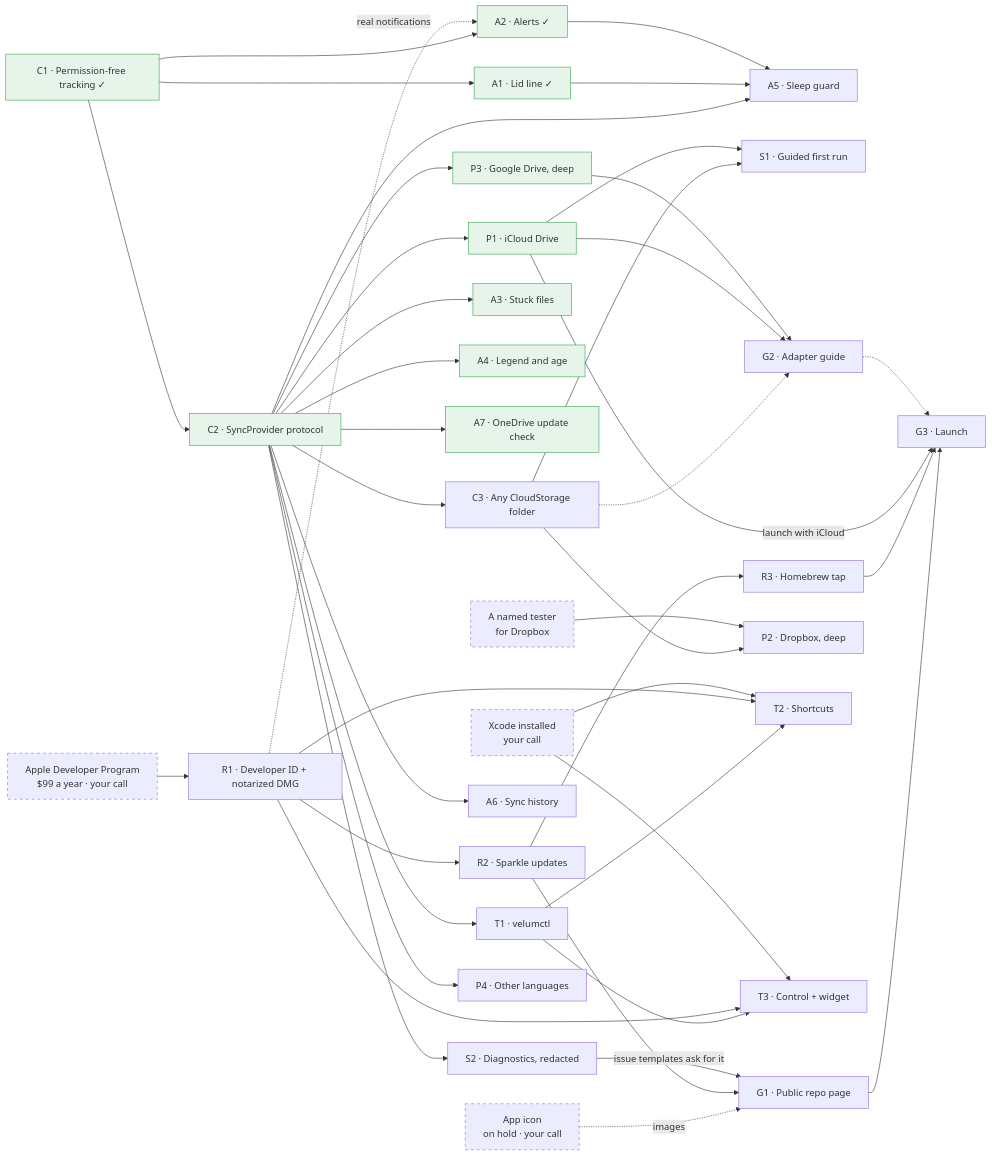
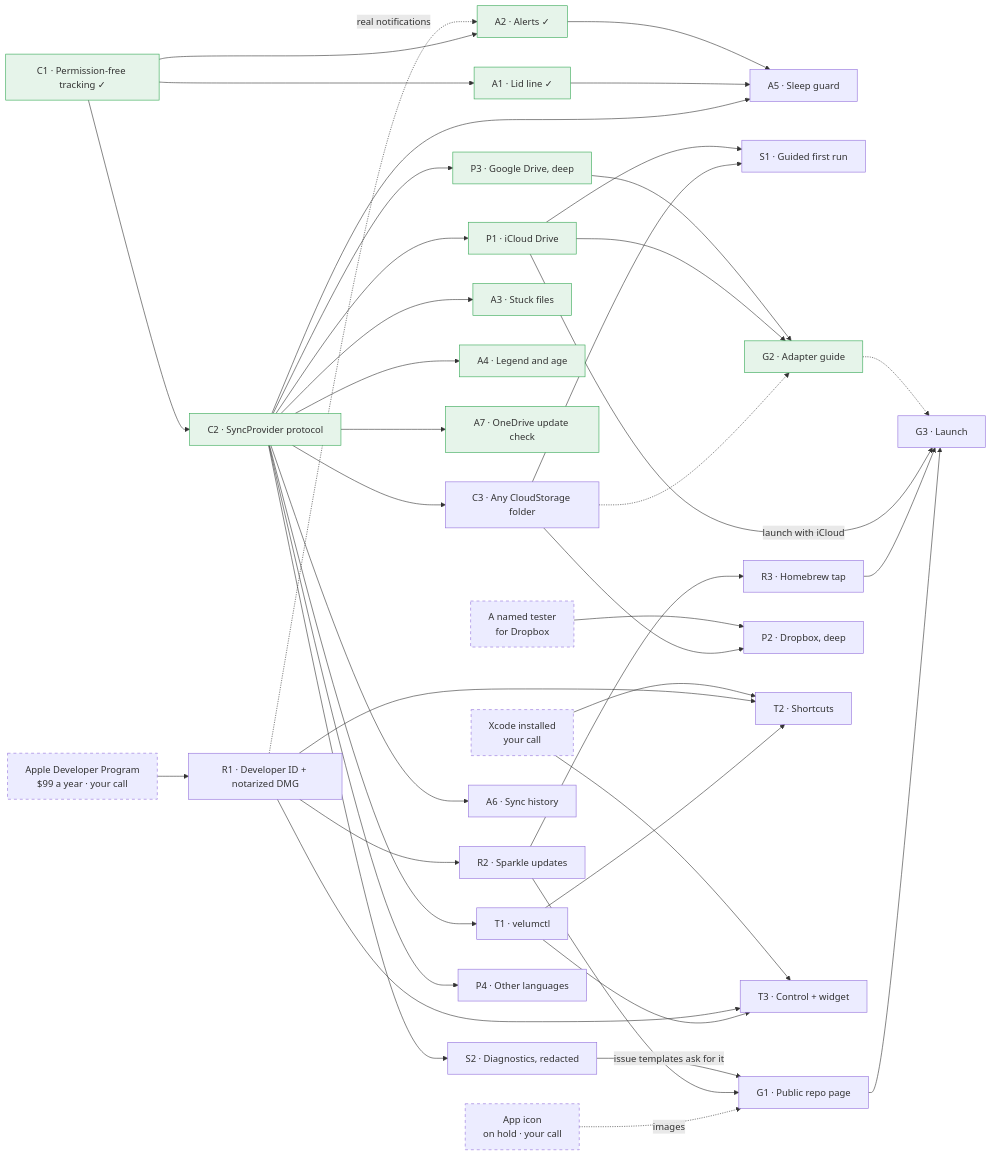
The diagram in docs/plans/roadmap/README.md (nafatyuk/velum), drawn with Mermaid before and after one commit. The commit also changed other lines of this file, not shown here.

Commit message:
Roadmap: G2 merged

````diff
--- a/docs/plans/roadmap/README.md
+++ b/docs/plans/roadmap/README.md
@@ -231,6 +231,6 @@
 
   classDef done fill:#e6f4ea,stroke:#34a853
   classDef gate stroke-dasharray: 5 5
-  class C1,A1,A2,C2,P1,P3,A3,A4,A7 done
+  class C1,A1,A2,C2,P1,P3,A3,A4,A7,G2 done
   class ICON,ENROL,TESTER,XCODE gate
 ```
````
